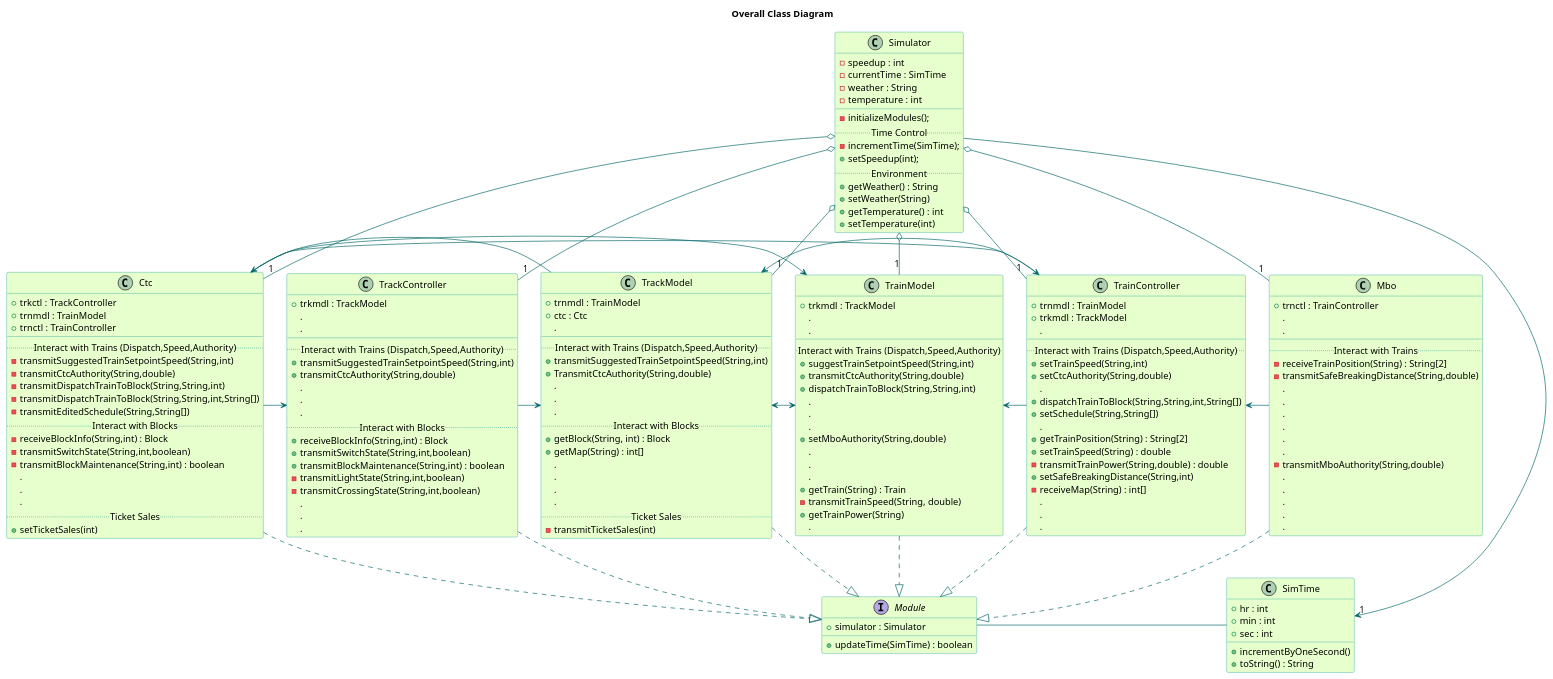
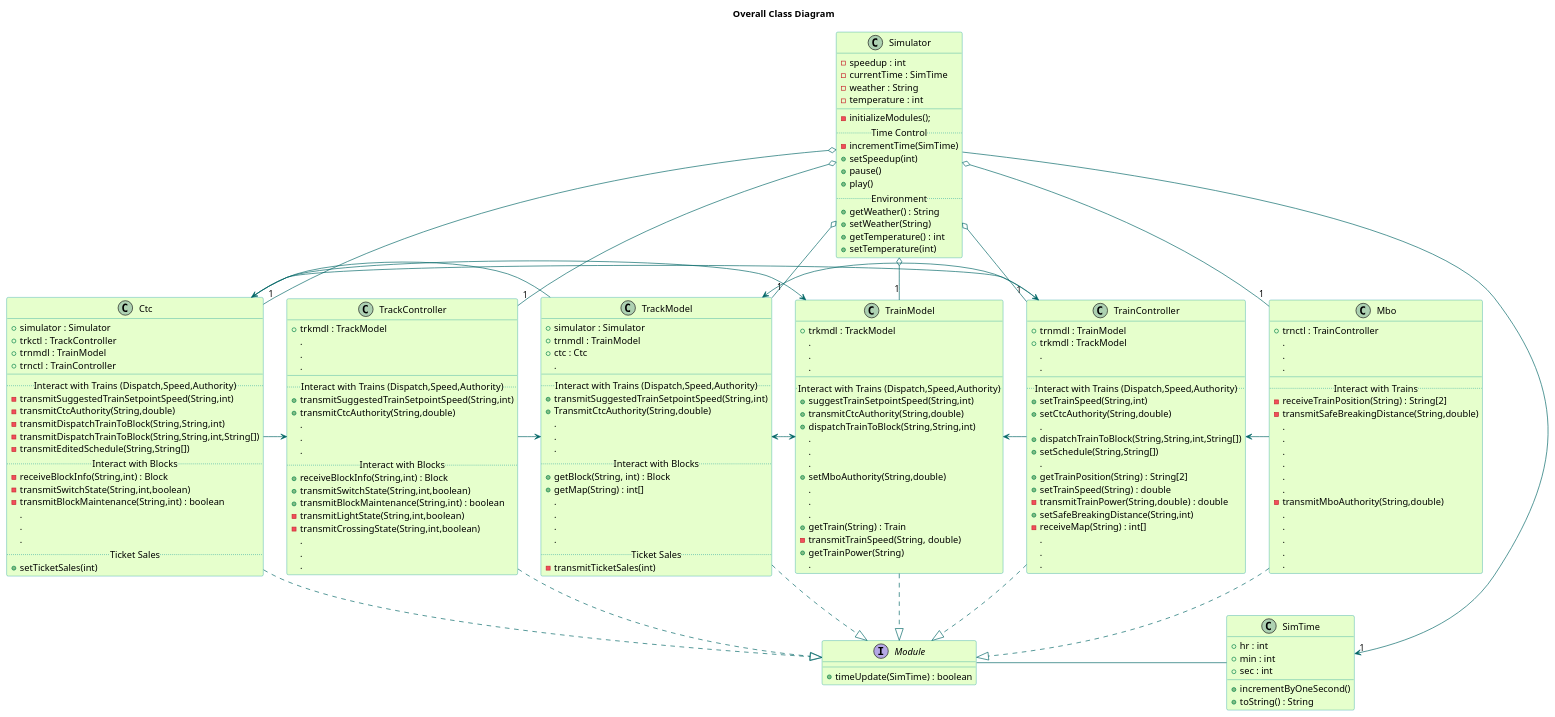
One commit to kevingilboy/COE1186 changed the diagram in TrainSystem/yUML/Class Diagrams/OverallClassDiagram.pu. Above: the diagram before and after it, drawn with PlantUML. The commit also changed 1 other file, not shown here.

Commit message:
Update to simulator object

```diff
--- a/TrainSystem/yUML/Class Diagrams/OverallClassDiagram.pu
+++ b/TrainSystem/yUML/Class Diagrams/OverallClassDiagram.pu
@@ -16,8 +16,10 @@
   __
   -initializeModules();
   ..Time Control..
-  -incrementTime(SimTime);
-  +setSpeedup(int);
+  -incrementTime(SimTime)
+  +setSpeedup(int)
+  +pause()
+  +play()
   ..Environment..
   +getWeather() : String
   +setWeather(String)
@@ -32,10 +34,10 @@
   +toString() : String
 }
 interface Module{
-  +simulator : Simulator
-  +updateTime(SimTime) : boolean
+  +timeUpdate(SimTime) : boolean
 }
 class Ctc{
+  +simulator : Simulator
   +trkctl : TrackController
   +trnmdl : TrainModel
   +trnctl : TrainController
@@ -60,6 +62,7 @@
   +trkmdl : TrackModel
   .
   .
+  .
   __
   ..Interact with Trains (Dispatch,Speed,Authority)..
   +transmitSuggestedTrainSetpointSpeed(String,int)
@@ -78,6 +81,7 @@
   .
 }
 class TrackModel{
+  +simulator : Simulator
   +trnmdl : TrainModel
   +ctc : Ctc
   .
@@ -102,6 +106,7 @@
   +trkmdl : TrackModel
   .
   .
+  .
   __
   ..Interact with Trains (Dispatch,Speed,Authority)..
   +suggestTrainSetpointSpeed(String,int)
@@ -123,6 +128,7 @@
   +trnmdl : TrainModel
   +trkmdl : TrackModel
   .
+  .
   __
   ..Interact with Trains (Dispatch,Speed,Authority)..
   +setTrainSpeed(String,int)
@@ -142,6 +148,7 @@
 }
 class Mbo{
   +trnctl : TrainController
+  .
   .
   .
   __
```
